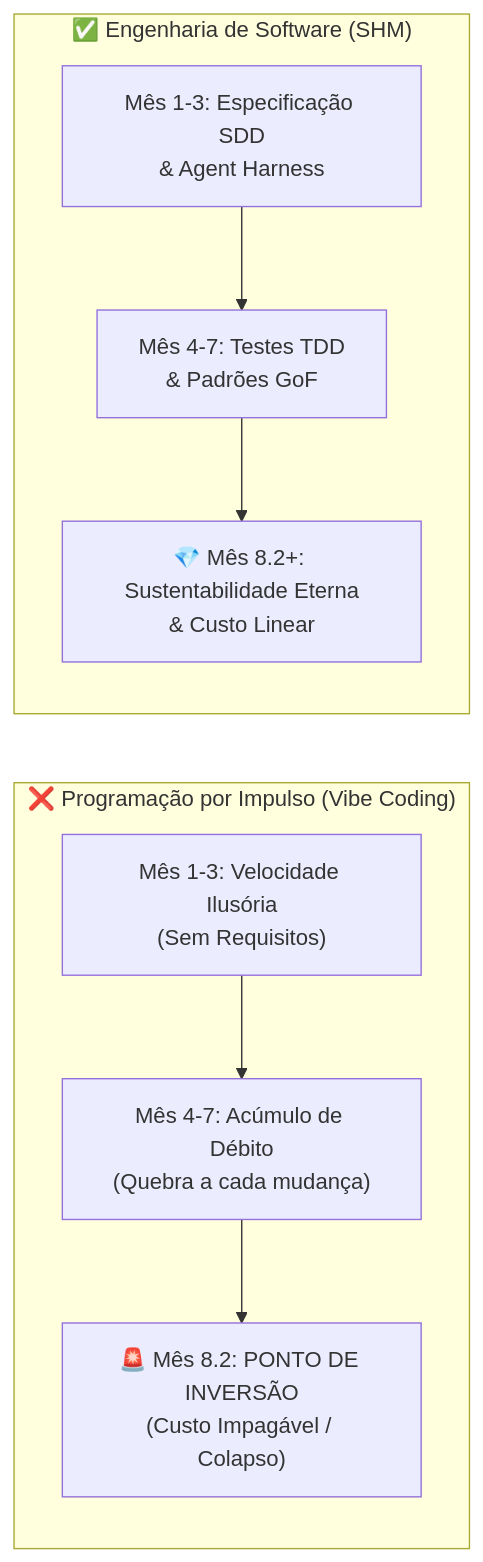
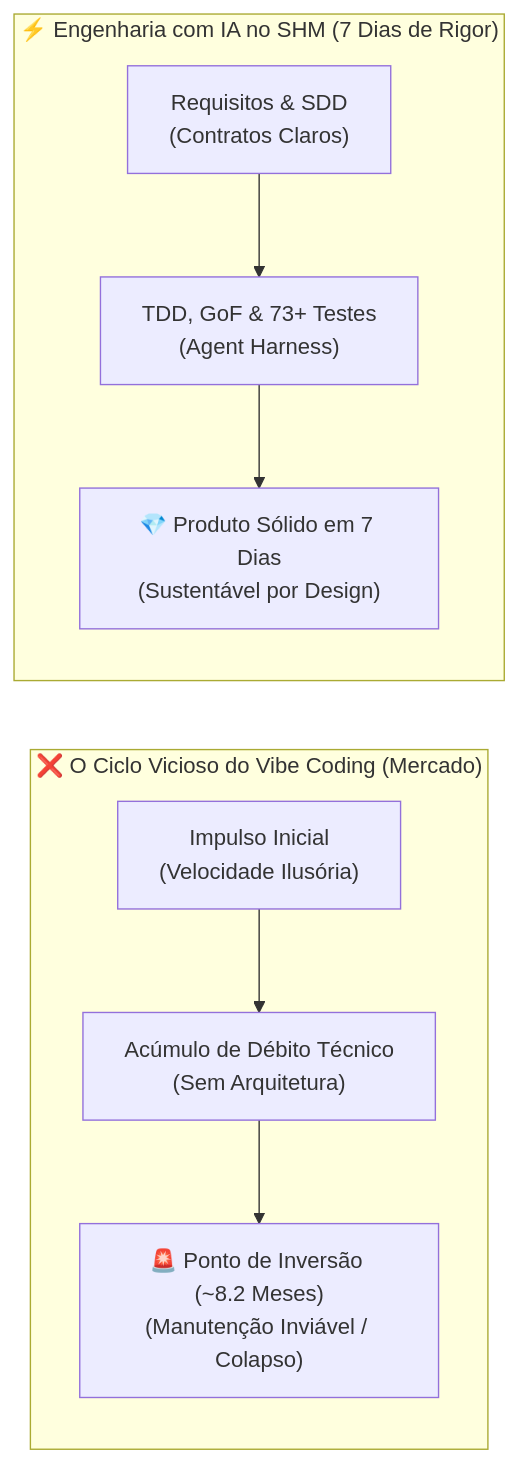
One commit to andresouza72br-sketch/SHM---Support-Hours-Manage changed the first of 2 diagrams in Manifesto/manifesto.md. Above: the diagram before and after it, drawn with Mermaid. The commit also changed other lines of this file and 1 other file, not shown here.

Commit message:
docs: evidenciar a construção solida do SHM em 7 dias de trabalho de engenharia de verdade impulsionada por IA

````diff
--- a/Manifesto/manifesto.md
+++ b/Manifesto/manifesto.md
@@ -43,12 +43,12 @@
 ```mermaid
 flowchart LR
-    subgraph Vibe["❌ Programação por Impulso (Vibe Coding)"]
-        V1["Mês 1-3: Velocidade Ilusória<br>(Sem Requisitos)"] --> V2["Mês 4-7: Acúmulo de Débito<br>(Quebra a cada mudança)"]
-        V2 --> V3["🚨 Mês 8.2: PONTO DE INVERSÃO<br>(Custo Impagável / Colapso)"]
+    subgraph Vibe["❌ O Ciclo Vicioso do Vibe Coding (Mercado)"]
+        V1["Impulso Inicial<br>(Velocidade Ilusória)"] --> V2["Acúmulo de Débito Técnico<br>(Sem Arquitetura)"]
+        V2 --> V3["🚨 Ponto de Inversão (~8.2 Meses)<br>(Manutenção Inviável / Colapso)"]
     end
     
-    subgraph Eng["✅ Engenharia de Software (SHM)"]
-        E1["Mês 1-3: Especificação SDD<br>& Agent Harness"] --> E2["Mês 4-7: Testes TDD<br>& Padrões GoF"]
-        E2 --> E3["💎 Mês 8.2+: Sustentabilidade Eterna<br>& Custo Linear"]
+    subgraph SHM["⚡ Engenharia com IA no SHM (7 Dias de Rigor)"]
+        S1["Requisitos & SDD<br>(Contratos Claros)"] --> S2["TDD, GoF & 73+ Testes<br>(Agent Harness)"]
+        S2 --> S3["💎 Produto Sólido em 7 Dias<br>(Sustentável por Design)"]
     end
 ```
````
